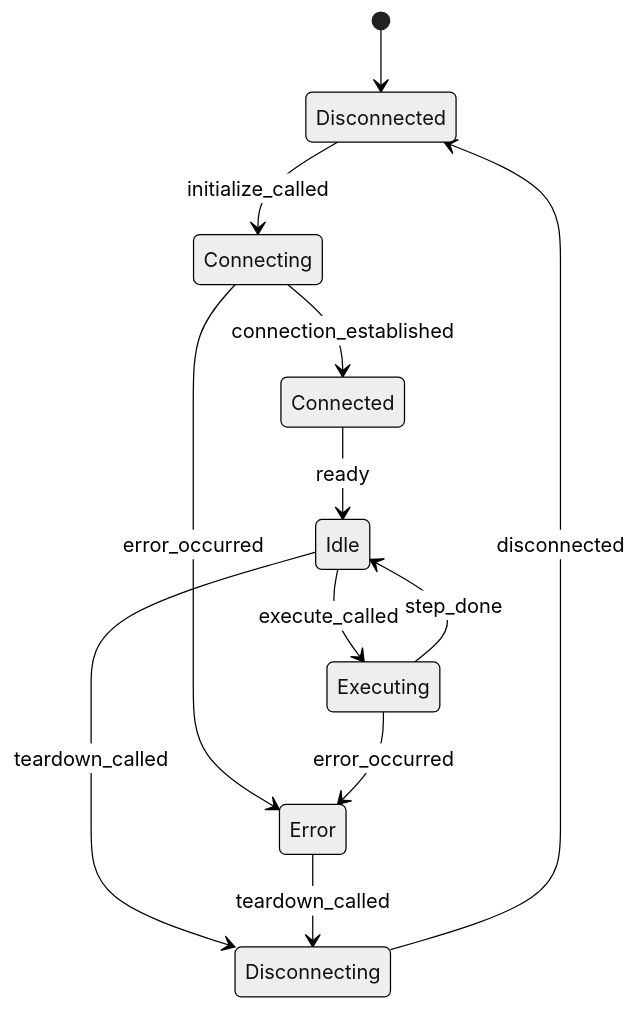
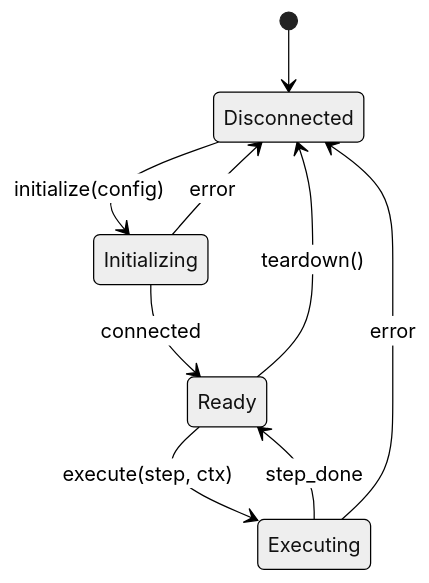
The fourth of 5 diagrams in docs/detailed_design/05_state_transition.md (bottlenome/gridflow), drawn with Mermaid (neutral theme) before and after one commit. The commit also changed other lines of this file, not shown here.

````diff
--- a/docs/detailed_design/05_state_transition.md
+++ b/docs/detailed_design/05_state_transition.md
@@ -71,14 +117,11 @@
 ```mermaid
 stateDiagram-v2
     [*] --> Disconnected
-    Disconnected --> Connecting : initialize_called
-    Connecting --> Connected : connection_established
-    Connecting --> Error : error_occurred
-    Connected --> Idle : ready
-    Idle --> Executing : execute_called
-    Executing --> Idle : step_done
-    Executing --> Error : error_occurred
-    Idle --> Disconnecting : teardown_called
-    Error --> Disconnecting : teardown_called
-    Disconnecting --> Disconnected : disconnected
+    Disconnected --> Initializing : initialize(config)
+    Initializing --> Ready : connected
+    Initializing --> Disconnected : error
+    Ready --> Executing : execute(step, ctx)
+    Executing --> Ready : step_done
+    Executing --> Disconnected : error
+    Ready --> Disconnected : teardown()
 ```
````
